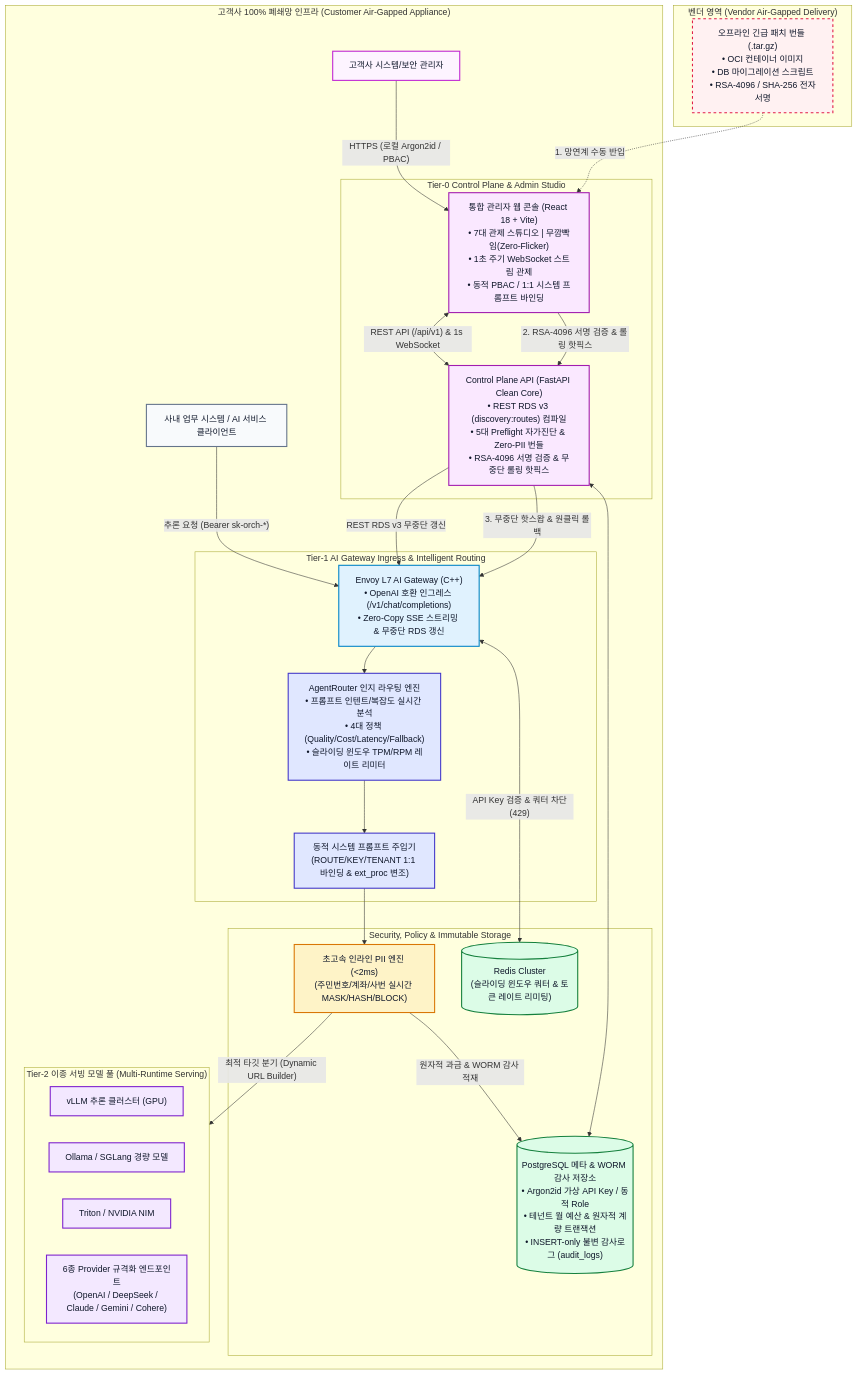
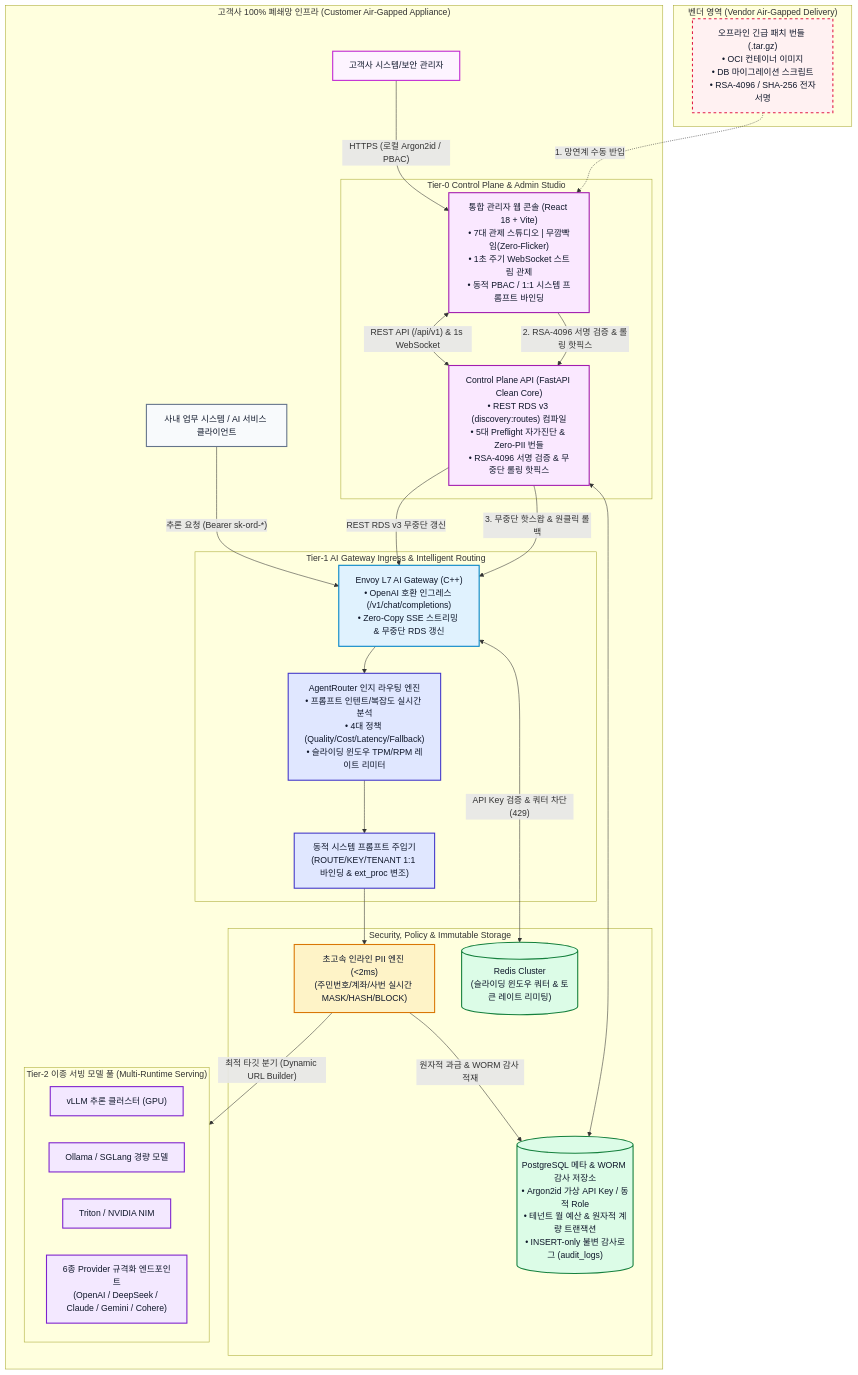
Before and after one commit to keikun80/ordinatio: the diagram in plan.md, drawn with Mermaid. The commit also changed other lines of this file and 356 other files, not shown here.

````diff
--- a/plan.md
+++ b/plan.md
@@ -82,74 +82,74 @@
 ```mermaid
 flowchart TD
     %% Styling
     classDef client fill:#f8fafc,stroke:#64748b,stroke-width:2px,color:#0f172a;
     classDef admin fill:#fdf4ff,stroke:#c026d3,stroke-width:2px,color:#0f172a;
     classDef cp fill:#fae8ff,stroke:#a21caf,stroke-width:2px,color:#0f172a;
     classDef ingress fill:#e0f2fe,stroke:#0284c7,stroke-width:2px,color:#0f172a;
     classDef security fill:#fef3c7,stroke:#d97706,stroke-width:2px,color:#0f172a;
     classDef router fill:#e0e7ff,stroke:#4338ca,stroke-width:2px,color:#0f172a;
     classDef compute fill:#f3e8ff,stroke:#7e22ce,stroke-width:2px,color:#0f172a;
     classDef storage fill:#dcfce7,stroke:#15803d,stroke-width:2px,color:#0f172a;
     classDef vendor fill:#fff1f2,stroke:#e11d48,stroke-width:2px,stroke-dasharray: 5 5,color:#0f172a;
 
     %% 1. Vendor Offline Patch Release
     subgraph S_Vendor ["벤더 영역 (Vendor Air-Gapped Delivery)"]
         PatchBundle["오프라인 긴급 패치 번들 (.tar.gz)\n• OCI 컨테이너 이미지\n• DB 마이그레이션 스크립트\n• RSA-4096 / SHA-256 전자서명"]:::vendor
     end
 
     %% 2. Customer Private VPC / On-Premise
     subgraph S_Customer ["고객사 100% 폐쇄망 인프라 (Customer Air-Gapped Appliance)"]
 
         %% Users
         AdminUser["고객사 시스템/보안 관리자"]:::admin
         Client["사내 업무 시스템 / AI 서비스 클라이언트"]:::client
 
         %% Tier-0 Control Plane & Web Studio
         subgraph S_CP ["Tier-0 Control Plane & Admin Studio"]
             AdminUI["통합 관리자 웹 콘솔 (React 18 + Vite)\n• 7대 관제 스튜디오 | 무깜빡임(Zero-Flicker)\n• 1초 주기 WebSocket 스트림 관제\n• 동적 PBAC / 1:1 시스템 프롬프트 바인딩"]:::cp
             CP_API["Control Plane API (FastAPI Clean Core)\n• REST RDS v3 (discovery:routes) 컴파일\n• 5대 Preflight 자가진단 & Zero-PII 번들\n• RSA-4096 서명 검증 & 무중단 롤링 핫픽스"]:::cp
         end
 
         %% Tier-1 Ingress & Routing Layer
         subgraph S_Tier1 ["Tier-1 AI Gateway Ingress & Intelligent Routing"]
             Envoy["Envoy L7 AI Gateway (C++)\n• OpenAI 호환 인그레스 (/v1/chat/completions)\n• Zero-Copy SSE 스트리밍 & 무중단 RDS 갱신"]:::ingress
             AgentRouter["AgentRouter 인지 라우팅 엔진\n• 프롬프트 인텐트/복잡도 실시간 분석\n• 4대 정책 (Quality/Cost/Latency/Fallback)\n• 슬라이딩 윈도우 TPM/RPM 레이트 리미터"]:::router
             SystemPrompt["동적 시스템 프롬프트 주입기\n(ROUTE/KEY/TENANT 1:1 바인딩 & ext_proc 변조)"]:::router
         end
 
         %% Security, Governance & Storage Layer
         subgraph S_SecStorage ["Security, Policy & Immutable Storage"]
             PII_Engine["초고속 인라인 PII 엔진 (<2ms)\n(주민번호/계좌/사번 실시간 MASK/HASH/BLOCK)"]:::security
             Postgres[("PostgreSQL 메타 & WORM 감사 저장소\n• Argon2id 가상 API Key / 동적 Role\n• 테넌트 월 예산 & 원자적 계량 트랜잭션\n• INSERT-only 불변 감사로그 (audit_logs)")]:::storage
             Redis[("Redis Cluster\n(슬라이딩 윈도우 쿼터 & 토큰 레이트 리미팅)")]:::storage
         end
 
         %% Tier-2 Multi-Serving Compute Layer
         subgraph S_Compute ["Tier-2 이종 서빙 모델 풀 (Multi-Runtime Serving)"]
             vLLM["vLLM 추론 클러스터 (GPU)"]:::compute
             Ollama["Ollama / SGLang 경량 모델"]:::compute
             Triton["Triton / NVIDIA NIM"]:::compute
             ExtAPI["6종 Provider 규격화 엔드포인트\n(OpenAI / DeepSeek / Claude / Gemini / Cohere)"]:::compute
         end
     end
 
     %% Patch Flow
     PatchBundle -.->|"1. 망연계 수동 반입"| AdminUI
     AdminUI -->|"2. RSA-4096 서명 검증 & 롤링 핫픽스"| CP_API
     CP_API -->|"3. 무중단 핫스왑 & 원클릭 롤백"| Envoy
 
     %% Admin Operations Flow
     AdminUser -->|"HTTPS (로컬 Argon2id / PBAC)"| AdminUI
     AdminUI <-->|"REST API (/api/v1) & 1s WebSocket"| CP_API
     CP_API <--> Postgres
     CP_API -->|"REST RDS v3 무중단 갱신"| Envoy
 
     %% Runtime Inference Flow
-    Client -->|"추론 요청 (Bearer sk-orch-*)"| Envoy
+    Client -->|"추론 요청 (Bearer sk-ord-*)"| Envoy
     Envoy <-->|"API Key 검증 & 쿼터 차단(429)"| Redis
     Envoy --> AgentRouter
     AgentRouter --> SystemPrompt
     SystemPrompt --> PII_Engine
     PII_Engine -->|"최적 타깃 분기 (Dynamic URL Builder)"| S_Compute
     PII_Engine -->|"원자적 과금 & WORM 감사 적재"| Postgres
 ```
````
